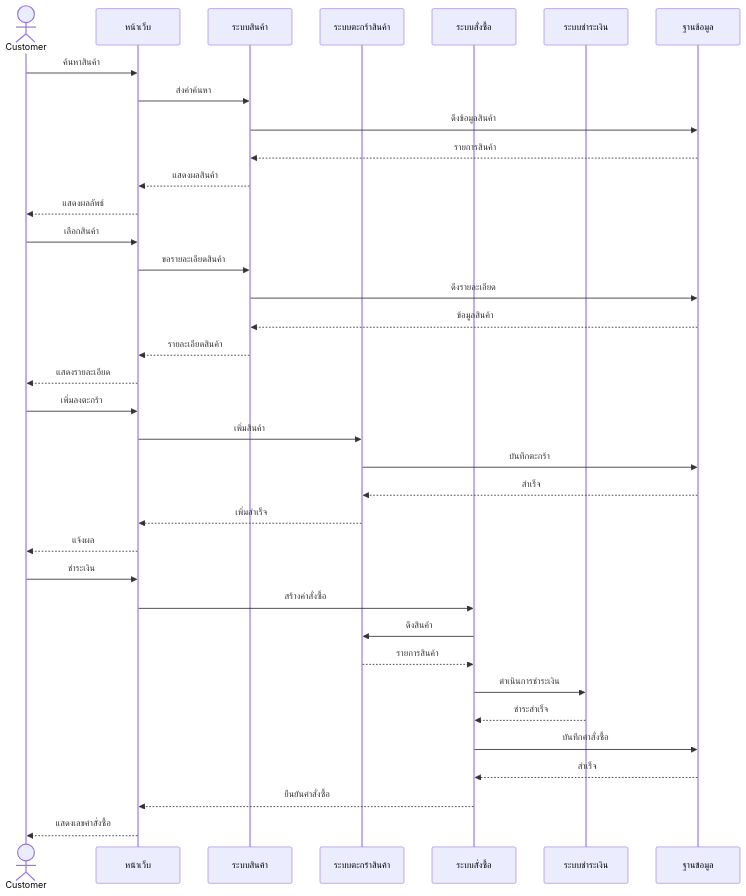
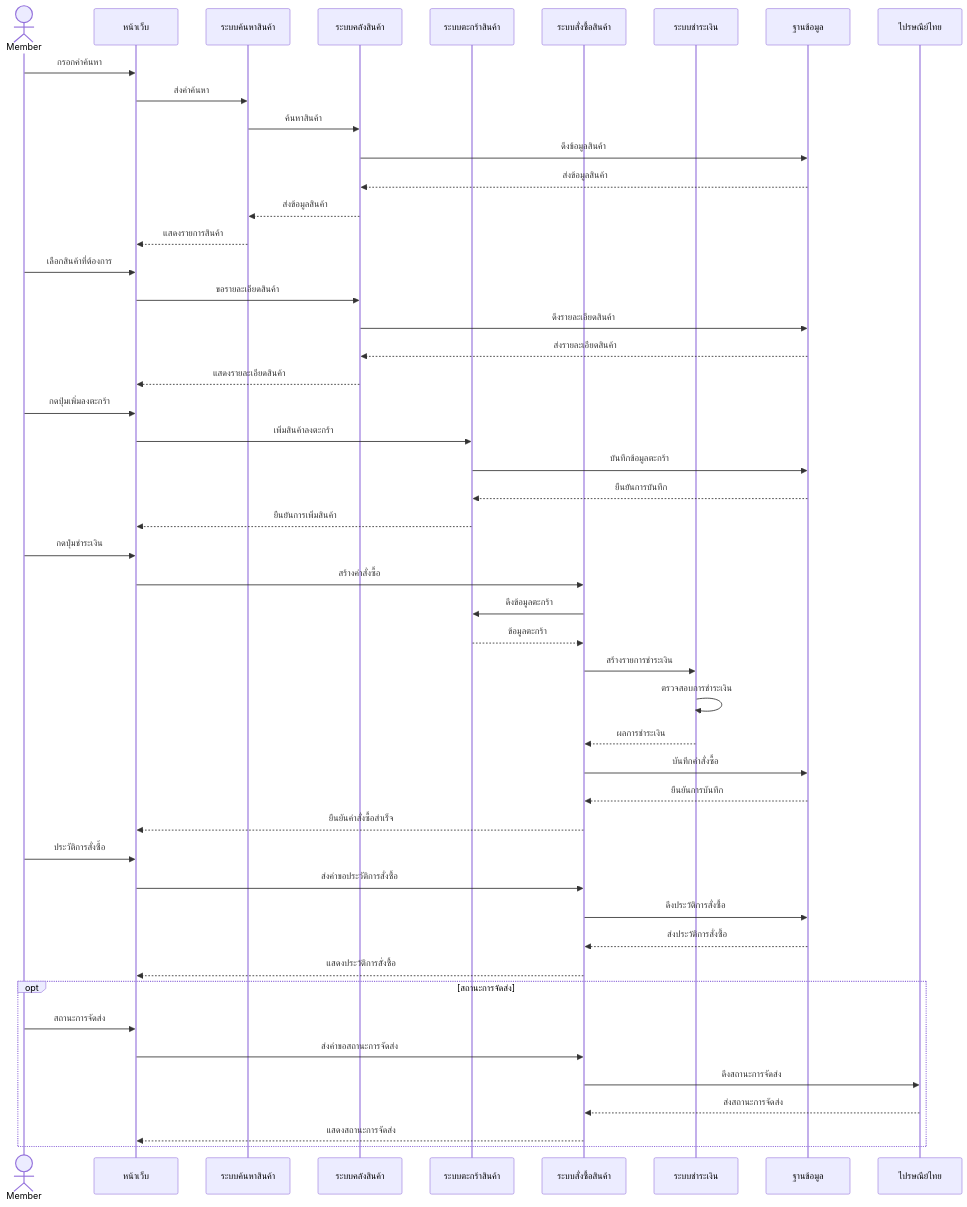
Before and after one commit to miotar4/Homeflowers.shop: the third of 11 diagrams in README.md, drawn with Mermaid. The commit also changed other lines of this file, not shown here.

Commit message:
sequence

````diff
--- a/README.md
+++ b/README.md
@@ -303,48 +303,63 @@
 ```mermaid
 sequenceDiagram
+    actor Member
 
-actor Customer
+    participant Web as หน้าเว็บ
+    participant Search as ระบบค้นหาสินค้า
+    participant Product as ระบบคลังสินค้า
+    participant Cart as ระบบตะกร้าสินค้า
+    participant Order as ระบบสั่งซื้อสินค้า
+    participant Payment as ระบบชำระเงิน
+    participant DB as ฐานข้อมูล
+    participant Post as ไปรษณีย์ไทย
 
-participant Web as หน้าเว็บ
-participant Product as ระบบสินค้า
-participant Cart as ระบบตะกร้าสินค้า
-participant Order as ระบบสั่งซื้อ
-participant Payment as ระบบชำระเงิน
-participant DB as ฐานข้อมูล
+    %% ค้นหาสินค้า
+    Member->>Web: กรอกคำค้นหา
+    Web->>Search: ส่งคำค้นหา
+    Search->>Product: ค้นหาสินค้า
+    Product->>DB: ดึงข้อมูลสินค้า
+    DB-->>Product: ส่งข้อมูลสินค้า
+    Product-->>Search: ส่งข้อมูลสินค้า
+    Search-->>Web: แสดงรายการสินค้า
 
-%% ค้นหาสินค้า
-Customer->>Web: ค้นหาสินค้า
-Web->>Product: ส่งคำค้นหา
-Product->>DB: ดึงข้อมูลสินค้า
-DB-->>Product: รายการสินค้า
-Product-->>Web: แสดงผลสินค้า
-Web-->>Customer: แสดงผลลัพธ์
+    %% เลือกสินค้า
+    Member->>Web: เลือกสินค้าที่ต้องการ
+    Web->>Product: ขอรายละเอียดสินค้า
+    Product->>DB: ดึงรายละเอียดสินค้า
+    DB-->>Product: ส่งรายละเอียดสินค้า
+    Product-->>Web: แสดงรายละเอียดสินค้า
 
-%% ดูรายละเอียด
-Customer->>Web: เลือกสินค้า
-Web->>Product: ขอรายละเอียดสินค้า
-Product->>DB: ดึงรายละเอียด
-DB-->>Product: ข้อมูลสินค้า
-Product-->>Web: รายละเอียดสินค้า
-Web-->>Customer: แสดงรายละเอียด
+    %% เพิ่มลงตะกร้า
+    Member->>Web: กดปุ่มเพิ่มลงตะกร้า
+    Web->>Cart: เพิ่มสินค้าลงตะกร้า
+    Cart->>DB: บันทึกข้อมูลตะกร้า
+    DB-->>Cart: ยืนยันการบันทึก
+    Cart-->>Web: ยืนยันการเพิ่มสินค้า
 
-%% เพิ่มลงตะกร้า
-Customer->>Web: เพิ่มลงตะกร้า
-Web->>Cart: เพิ่มสินค้า
-Cart->>DB: บันทึกตะกร้า
-DB-->>Cart: สำเร็จ
-Cart-->>Web: เพิ่มสำเร็จ
-Web-->>Customer: แจ้งผล
+    %% ชำระเงิน
+    Member->>Web: กดปุ่มชำระเงิน
+    Web->>Order: สร้างคำสั่งซื้อ
+    Order->>Cart: ดึงข้อมูลตะกร้า
+    Cart-->>Order: ข้อมูลตะกร้า
+    Order->>Payment: สร้างรายการชำระเงิน
+    Payment->>Payment: ตรวจสอบการชำระเงิน
+    Payment-->>Order: ผลการชำระเงิน
+    Order->>DB: บันทึกคำสั่งซื้อ
+    DB-->>Order: ยืนยันการบันทึก
+    Order-->>Web: ยืนยันคำสั่งซื้อสำเร็จ
 
-%% ชำระเงิน
-Customer->>Web: ชำระเงิน
-Web->>Order: สร้างคำสั่งซื้อ
-Order->>Cart: ดึงสินค้า
-Cart-->>Order: รายการสินค้า
-Order->>Payment: ดำเนินการชำระเงิน
-Payment-->>Order: ชำระสำเร็จ
-Order->>DB: บันทึกคำสั่งซื้อ
-DB-->>Order: สำเร็จ
-Order-->>Web: ยืนยันคำสั่งซื้อ
-Web-->>Customer: แสดงเลขคำสั่งซื้อ
+    %% ประวัติการสั่งซื้อ
+    Member->>Web: ประวัติการสั่งซื้อ
+    Web->>Order: ส่งคำขอประวัติการสั่งซื้อ
+    Order->>DB: ดึงประวัติการสั่งซื้อ
+    DB-->>Order: ส่งประวัติการสั่งซื้อ
+    Order-->>Web: แสดงประวัติการสั่งซื้อ
+
+    opt สถานะการจัดส่ง
+        Member->>Web: สถานะการจัดส่ง
+        Web->>Order: ส่งคำขอสถานะการจัดส่ง
+        Order->>Post: ดึงสถานะการจัดส่ง
+        Post-->>Order: ส่งสถานะการจัดส่ง
+        Order-->>Web: แสดงสถานะการจัดส่ง
+    end
 ```
````
